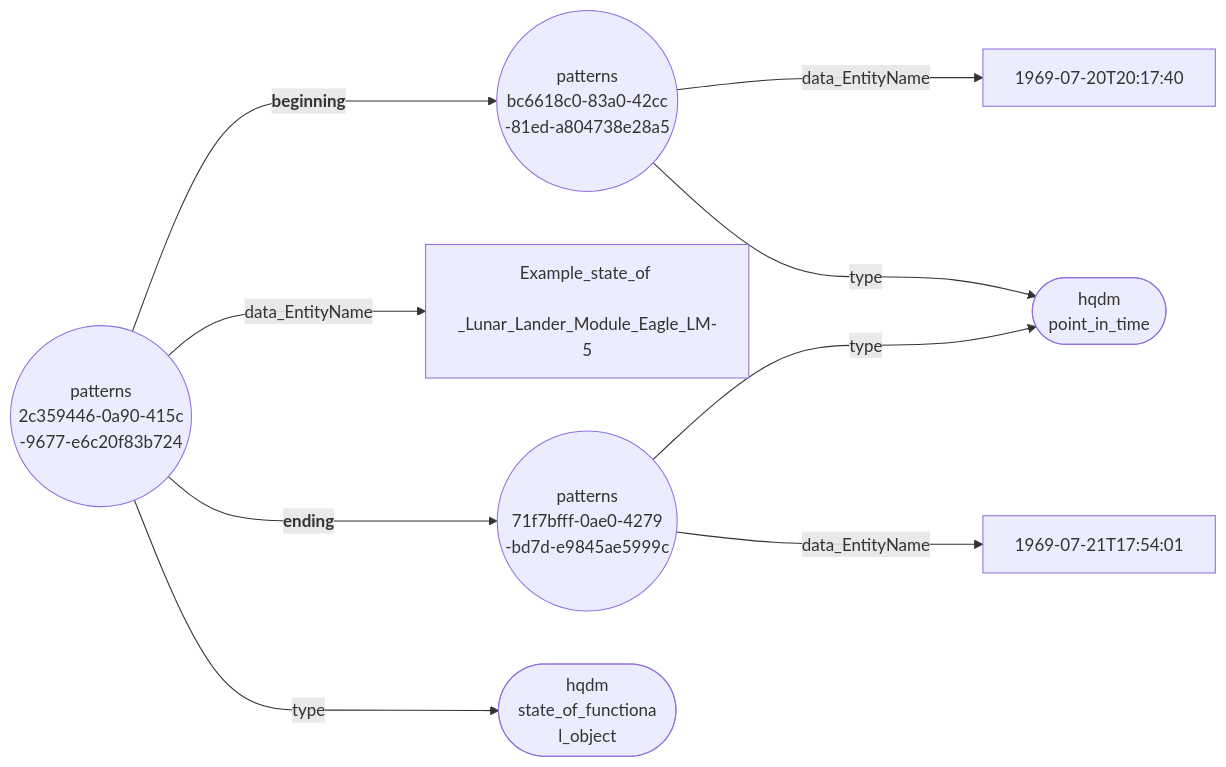
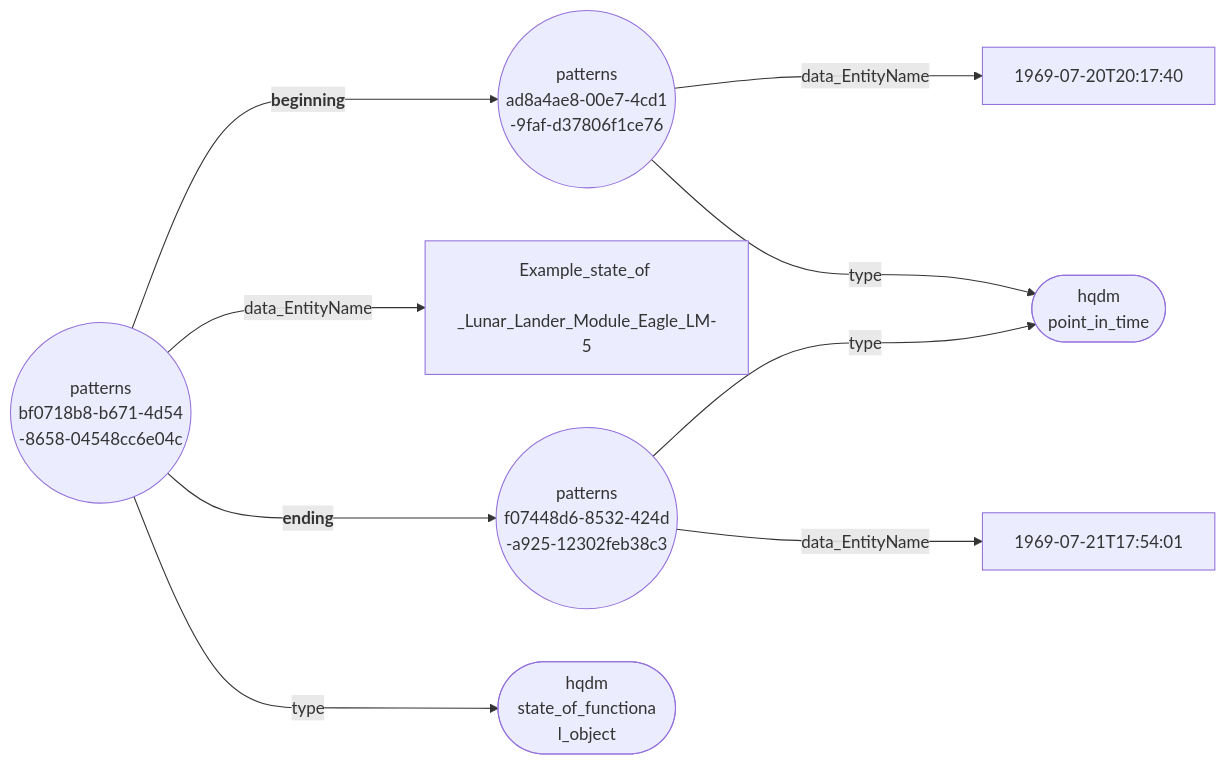
One commit to ClimbingAl/HqdmPatterns changed the diagram in docs/extras/example-files/temporalPartOfIncEventsNodeEdgeGraph.mermaid. Above: the diagram before and after it, drawn with Mermaid. The commit also changed 32 other files, not shown here.

````diff
--- a/docs/extras/example-files/temporalPartOfIncEventsNodeEdgeGraph.mermaid
+++ b/docs/extras/example-files/temporalPartOfIncEventsNodeEdgeGraph.mermaid
@@ -1,11 +1,11 @@
 ``` mermaid
 graph LR
-  2c359446-0a90-415c-9677-e6c20f83b724(("patterns <br> 2c359446-0a90-415c <br> -9677-e6c20f83b724"))--->|"<b> beginning"|bc6618c0-83a0-42cc-81ed-a804738e28a5(("patterns <br> bc6618c0-83a0-42cc <br> -81ed-a804738e28a5"));
-  2c359446-0a90-415c-9677-e6c20f83b724(("patterns <br> 2c359446-0a90-415c <br> -9677-e6c20f83b724"))--->|"data_EntityName"|Example_state_of_Lunar_Lander_Module_Eagle_LM-5["Example_state_of <br> _Lunar_Lander_Module_Eagle_LM-5"];
-  2c359446-0a90-415c-9677-e6c20f83b724(("patterns <br> 2c359446-0a90-415c <br> -9677-e6c20f83b724"))--->|"<b> ending"|71f7bfff-0ae0-4279-bd7d-e9845ae5999c(("patterns <br> 71f7bfff-0ae0-4279 <br> -bd7d-e9845ae5999c"));
-  2c359446-0a90-415c-9677-e6c20f83b724(("patterns <br> 2c359446-0a90-415c <br> -9677-e6c20f83b724"))--->|"type"|state_of_functional_object(["hqdm <br> state_of_functiona <br> l_object"]);
-  bc6618c0-83a0-42cc-81ed-a804738e28a5(("patterns <br> bc6618c0-83a0-42cc <br> -81ed-a804738e28a5"))--->|"data_EntityName"|1969-07-20T20:17:40["1969-07-20T20:17:40"];
-  bc6618c0-83a0-42cc-81ed-a804738e28a5(("patterns <br> bc6618c0-83a0-42cc <br> -81ed-a804738e28a5"))--->|"type"|point_in_time(["hqdm <br> point_in_time"]);
-  71f7bfff-0ae0-4279-bd7d-e9845ae5999c(("patterns <br> 71f7bfff-0ae0-4279 <br> -bd7d-e9845ae5999c"))--->|"data_EntityName"|1969-07-21T17:54:01["1969-07-21T17:54:01"];
-  71f7bfff-0ae0-4279-bd7d-e9845ae5999c(("patterns <br> 71f7bfff-0ae0-4279 <br> -bd7d-e9845ae5999c"))--->|"type"|point_in_time(["hqdm <br> point_in_time"]);
+  bf0718b8-b671-4d54-8658-04548cc6e04c(("patterns <br> bf0718b8-b671-4d54 <br> -8658-04548cc6e04c"))--->|"<b> beginning"|ad8a4ae8-00e7-4cd1-9faf-d37806f1ce76(("patterns <br> ad8a4ae8-00e7-4cd1 <br> -9faf-d37806f1ce76"));
+  bf0718b8-b671-4d54-8658-04548cc6e04c(("patterns <br> bf0718b8-b671-4d54 <br> -8658-04548cc6e04c"))--->|"data_EntityName"|Example_state_of_Lunar_Lander_Module_Eagle_LM-5["Example_state_of <br> _Lunar_Lander_Module_Eagle_LM-5"];
+  bf0718b8-b671-4d54-8658-04548cc6e04c(("patterns <br> bf0718b8-b671-4d54 <br> -8658-04548cc6e04c"))--->|"<b> ending"|f07448d6-8532-424d-a925-12302feb38c3(("patterns <br> f07448d6-8532-424d <br> -a925-12302feb38c3"));
+  bf0718b8-b671-4d54-8658-04548cc6e04c(("patterns <br> bf0718b8-b671-4d54 <br> -8658-04548cc6e04c"))--->|"type"|state_of_functional_object(["hqdm <br> state_of_functiona <br> l_object"]);
+  ad8a4ae8-00e7-4cd1-9faf-d37806f1ce76(("patterns <br> ad8a4ae8-00e7-4cd1 <br> -9faf-d37806f1ce76"))--->|"data_EntityName"|1969-07-20T20:17:40["1969-07-20T20:17:40"];
+  ad8a4ae8-00e7-4cd1-9faf-d37806f1ce76(("patterns <br> ad8a4ae8-00e7-4cd1 <br> -9faf-d37806f1ce76"))--->|"type"|point_in_time(["hqdm <br> point_in_time"]);
+  f07448d6-8532-424d-a925-12302feb38c3(("patterns <br> f07448d6-8532-424d <br> -a925-12302feb38c3"))--->|"data_EntityName"|1969-07-21T17:54:01["1969-07-21T17:54:01"];
+  f07448d6-8532-424d-a925-12302feb38c3(("patterns <br> f07448d6-8532-424d <br> -a925-12302feb38c3"))--->|"type"|point_in_time(["hqdm <br> point_in_time"]);
 ```
````
